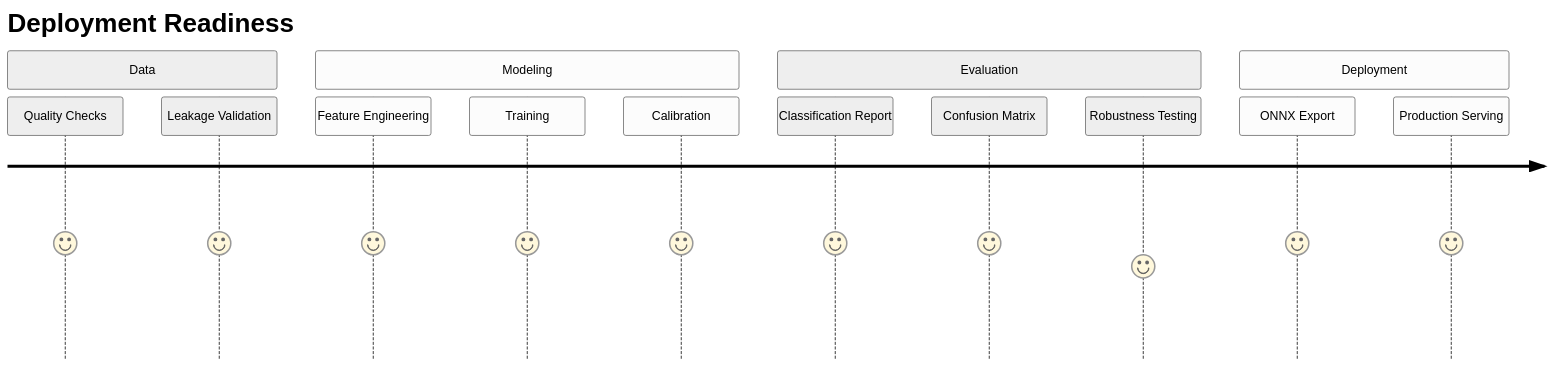
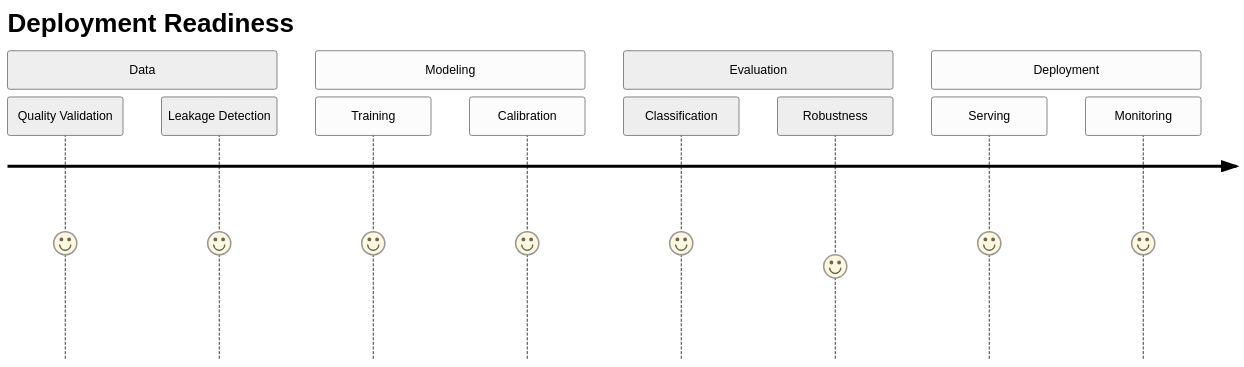
Before and after one commit to sai-ganesh-4539/StatVault: the ninth of 9 diagrams in Match_Prediction_Intelligence.md, drawn with Mermaid (neutral theme). The commit also changed other lines of this file, not shown here.

````diff
--- a/Match_Prediction_Intelligence.md
+++ b/Match_Prediction_Intelligence.md
@@ -307,27 +270,21 @@
 ```mermaid
 journey
 
 title Deployment Readiness
 
 section Data
-
-Quality Checks: 5
-Leakage Validation: 5
+Quality Validation: 5
+Leakage Detection: 5
 
 section Modeling
-
-Feature Engineering: 5
 Training: 5
 Calibration: 5
 
 section Evaluation
-
-Classification Report: 5
-Confusion Matrix: 5
-Robustness Testing: 4
+Classification: 5
+Robustness: 4
 
 section Deployment
-
-ONNX Export: 5
-Production Serving: 5
+Serving: 5
+Monitoring: 5
 ```
````
